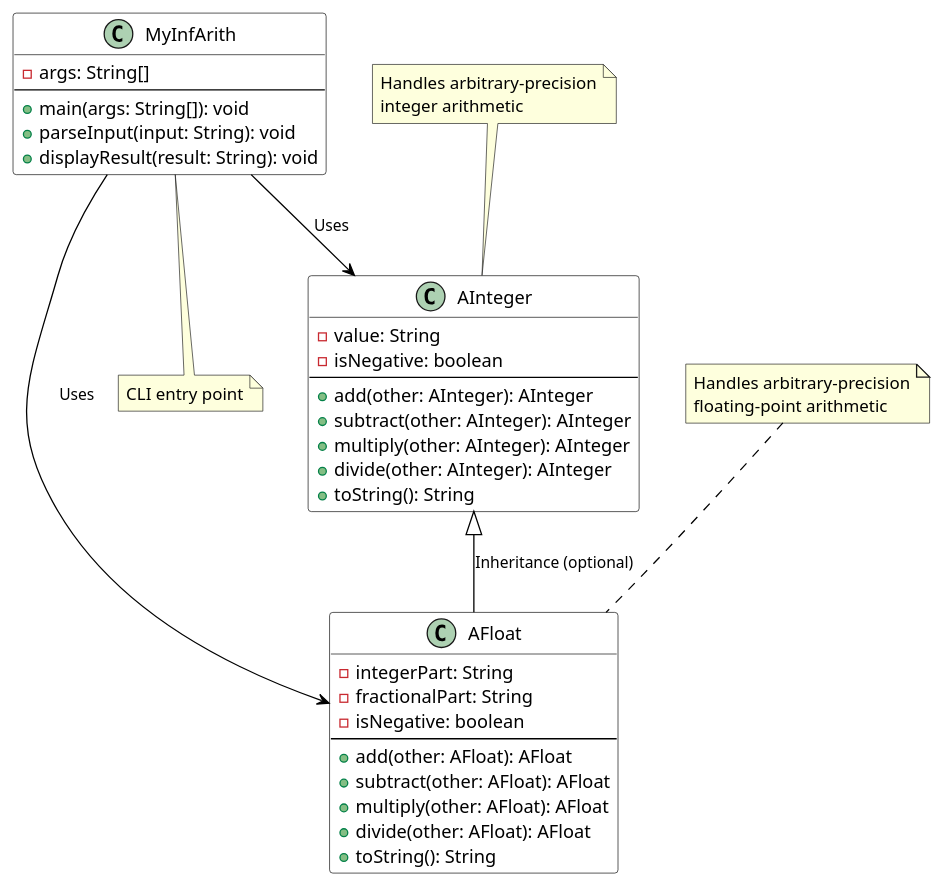
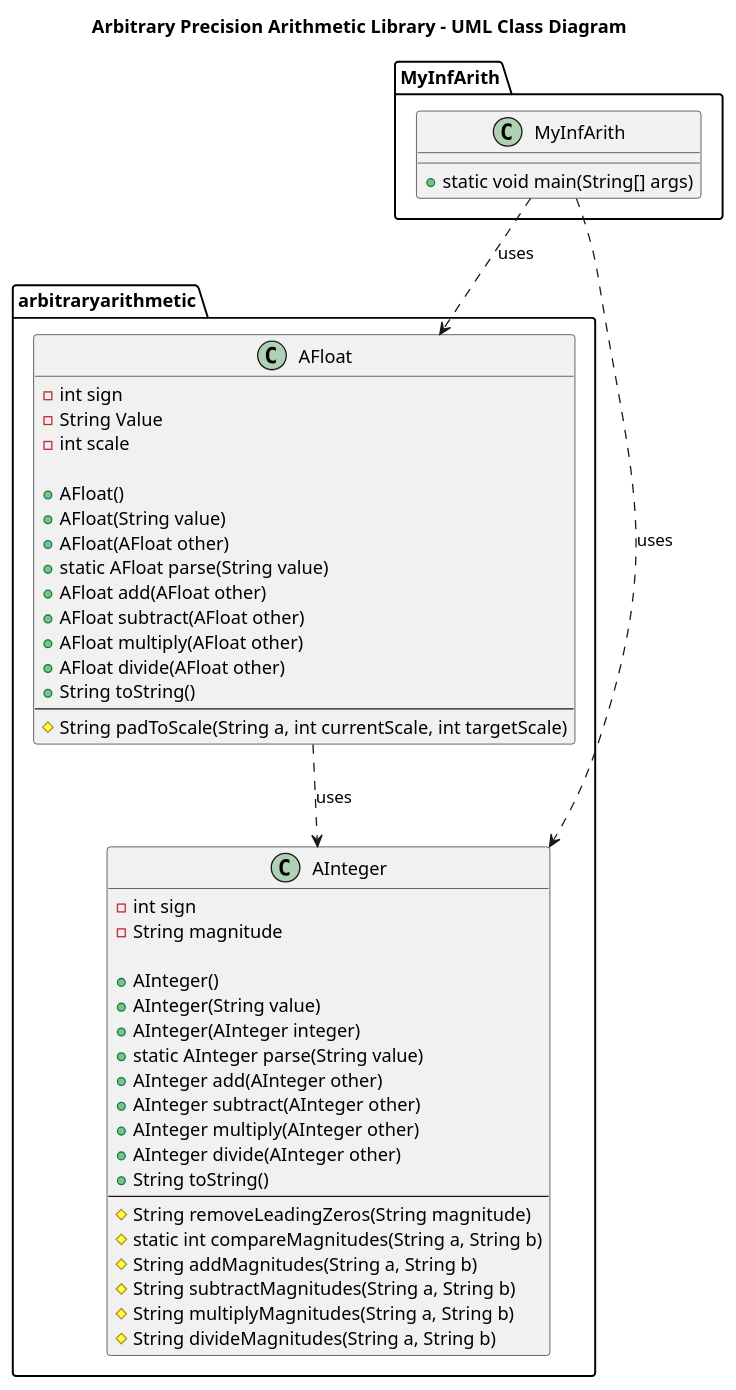
One commit to Rishika11052/SDF_Project changed the diagram in documentation/UMLdiagram.puml. Above: the diagram before and after it, drawn with PlantUML. The commit also changed 9 other files, not shown here.

```diff
--- a/documentation/UMLdiagram.puml
+++ b/documentation/UMLdiagram.puml
@@ -1,53 +1,59 @@
-@startuml ArbitraryPrecisionArithmetic
+@startuml
+title Arbitrary Precision Arithmetic Library - UML Class Diagram
+' Author: Aric Maji and Team
 
-' Enable arrows and hide circle markers
-skinparam class {
-    ArrowColor #000000
-    ArrowFontSize 12
-    BackgroundColor #FFFFFF
-    BorderColor #000000
+package arbitraryarithmetic {
+
+    class AInteger {
+        - int sign
+        - String magnitude
+
+        + AInteger()
+        + AInteger(String value)
+        + AInteger(AInteger integer)
+        + static AInteger parse(String value)
+        + AInteger add(AInteger other)
+        + AInteger subtract(AInteger other)
+        + AInteger multiply(AInteger other)
+        + AInteger divide(AInteger other)
+        + String toString()
+        --
+        # String removeLeadingZeros(String magnitude)
+        # static int compareMagnitudes(String a, String b)
+        # String addMagnitudes(String a, String b)
+        # String subtractMagnitudes(String a, String b)
+        # String multiplyMagnitudes(String a, String b)
+        # String divideMagnitudes(String a, String b)
+    }
+
+    class AFloat {
+        - int sign
+        - String Value
+        - int scale
+
+        + AFloat()
+        + AFloat(String value)
+        + AFloat(AFloat other)
+        + static AFloat parse(String value)
+        + AFloat add(AFloat other)
+        + AFloat subtract(AFloat other)
+        + AFloat multiply(AFloat other)
+        + AFloat divide(AFloat other)
+        + String toString()
+        --
+        # String padToScale(String a, int currentScale, int targetScale)
+    }
+
+    AFloat ..> AInteger : uses
 }
 
-' Define classes
-class AInteger {
-  - value: String
-  - isNegative: boolean
-  --
-  + add(other: AInteger): AInteger
-  + subtract(other: AInteger): AInteger
-  + multiply(other: AInteger): AInteger
-  + divide(other: AInteger): AInteger
-  + toString(): String
+package MyInfArith {
+
+    class MyInfArith {
+        + static void main(String[] args)
+    }
+
+    MyInfArith ..> arbitraryarithmetic.AInteger : uses
+    MyInfArith ..> arbitraryarithmetic.AFloat : uses
 }
-
-class AFloat {
-  - integerPart: String
-  - fractionalPart: String
-  - isNegative: boolean
-  --
-  + add(other: AFloat): AFloat
-  + subtract(other: AFloat): AFloat
-  + multiply(other: AFloat): AFloat
-  + divide(other: AFloat): AFloat
-  + toString(): String
-}
-
-class MyInfArith {
-  - args: String[]
-  --
-  + main(args: String[]): void
-  + parseInput(input: String): void
-  + displayResult(result: String): void
-}
-
-' Define relationships
-AInteger <|-- AFloat : Inheritance (optional)
-MyInfArith --> AInteger : Uses
-MyInfArith --> AFloat : Uses
-
-' Add notes if needed
-note top of AInteger: Handles arbitrary-precision\ninteger arithmetic
-note top of AFloat: Handles arbitrary-precision\nfloating-point arithmetic
-note bottom of MyInfArith: CLI entry point
-
 @enduml
```
